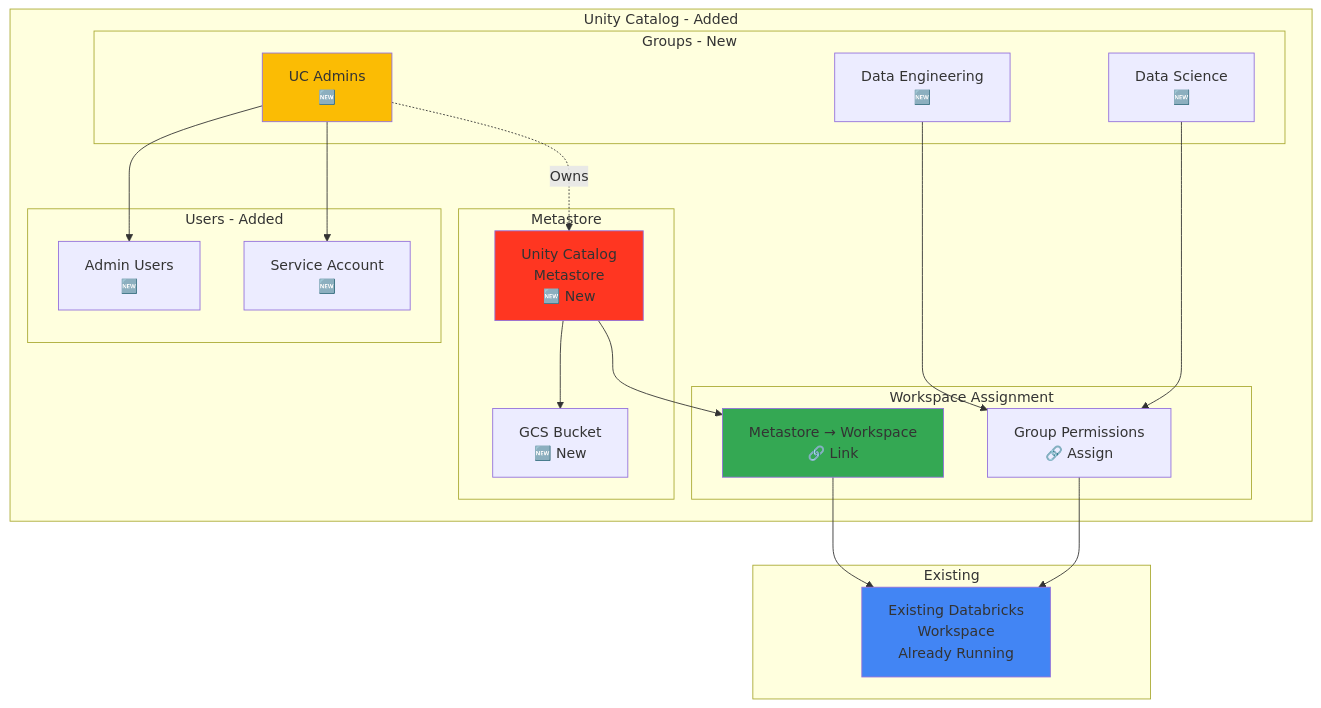
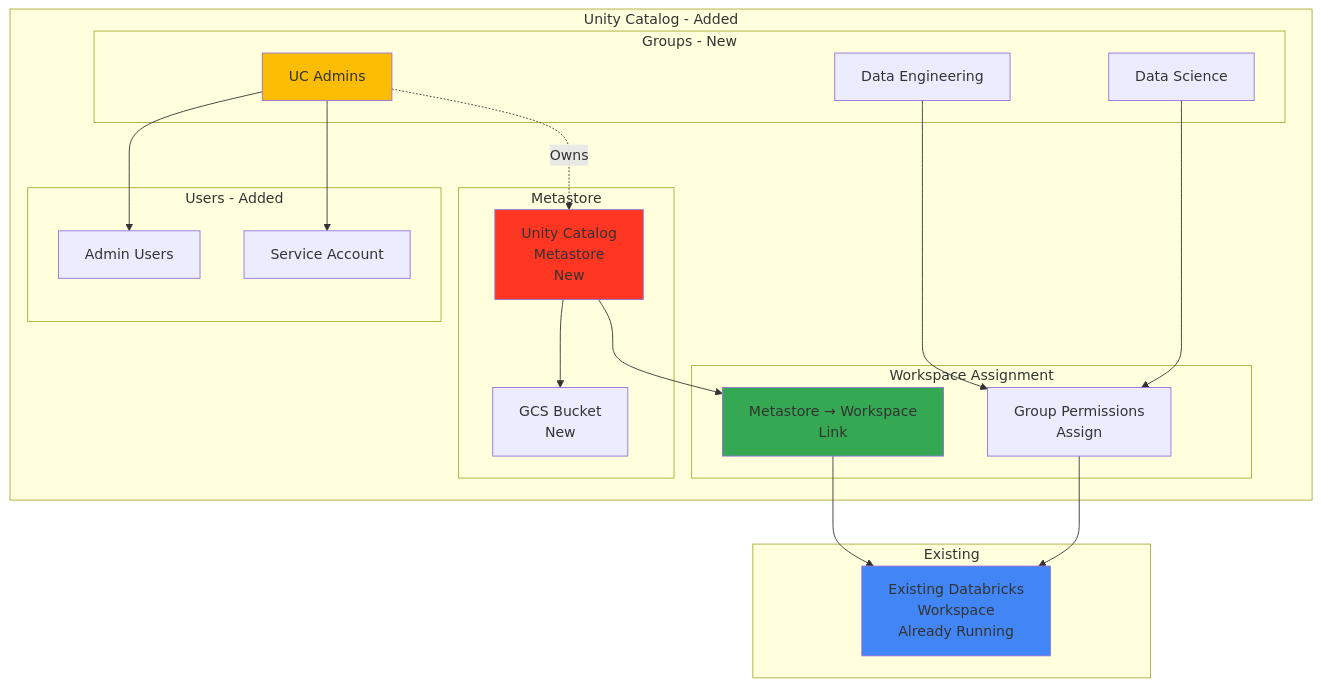
One commit to bhavink/databricks changed the ninth of 15 diagrams in gcpdb4u/templates/terraform-scripts/readme.md. Above: the diagram before and after it, drawn with Mermaid. The commit also changed other lines of this file and 81 other files, not shown here.

````diff
--- a/gcpdb4u/templates/terraform-scripts/readme.md
+++ b/gcpdb4u/templates/terraform-scripts/readme.md
@@ -542,46 +542,46 @@
 ```mermaid
 graph TB
     subgraph "Existing"
         WS[Existing Databricks<br/>Workspace<br/>Already Running]
     end
 
     subgraph "Unity Catalog - Added"
         subgraph "Metastore"
-            META[Unity Catalog<br/>Metastore<br/>🆕 New]
-            META_BUCKET[GCS Bucket<br/>🆕 New]
+            META[Unity Catalog<br/>Metastore<br/> New]
+            META_BUCKET[GCS Bucket<br/> New]
         end
 
         subgraph "Groups - New"
-            UC_ADMIN[UC Admins<br/>🆕]
-            GROUP1[Data Engineering<br/>🆕]
-            GROUP2[Data Science<br/>🆕]
+            UC_ADMIN[UC Admins<br/>]
+            GROUP1[Data Engineering<br/>]
+            GROUP2[Data Science<br/>]
         end
 
         subgraph "Users - Added"
-            USER1[Admin Users<br/>🆕]
-            USER2[Service Account<br/>🆕]
+            USER1[Admin Users<br/>]
+            USER2[Service Account<br/>]
         end
 
         subgraph "Workspace Assignment"
-            ASSIGN[Metastore → Workspace<br/>🔗 Link]
-            WS_PERM[Group Permissions<br/>🔗 Assign]
+            ASSIGN[Metastore → Workspace<br/> Link]
+            WS_PERM[Group Permissions<br/> Assign]
         end
     end
 
     META --> META_BUCKET
     META --> ASSIGN
     ASSIGN --> WS
 
     UC_ADMIN --> USER1
     UC_ADMIN --> USER2
     GROUP1 --> WS_PERM
     GROUP2 --> WS_PERM
     WS_PERM --> WS
 
     UC_ADMIN -.Owns.-> META
 
     style WS fill:#4285F4
     style META fill:#FF3621
     style UC_ADMIN fill:#FBBC04
     style ASSIGN fill:#34A853
 ```
````
